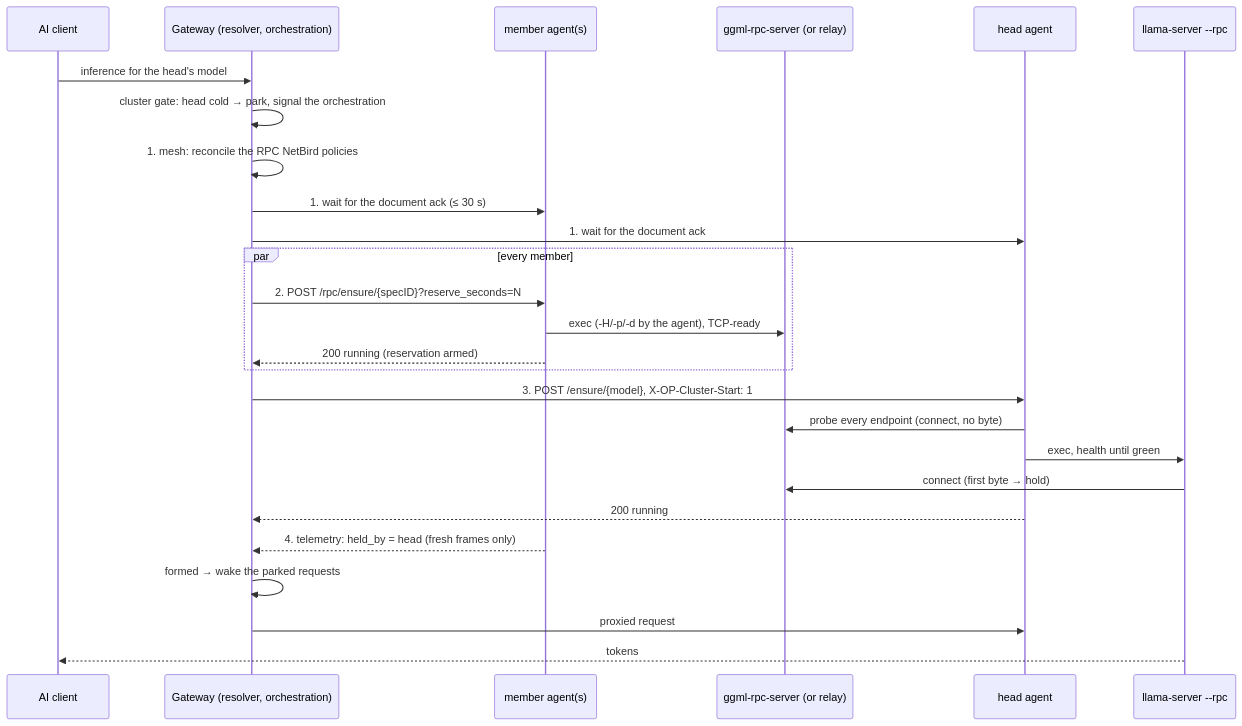
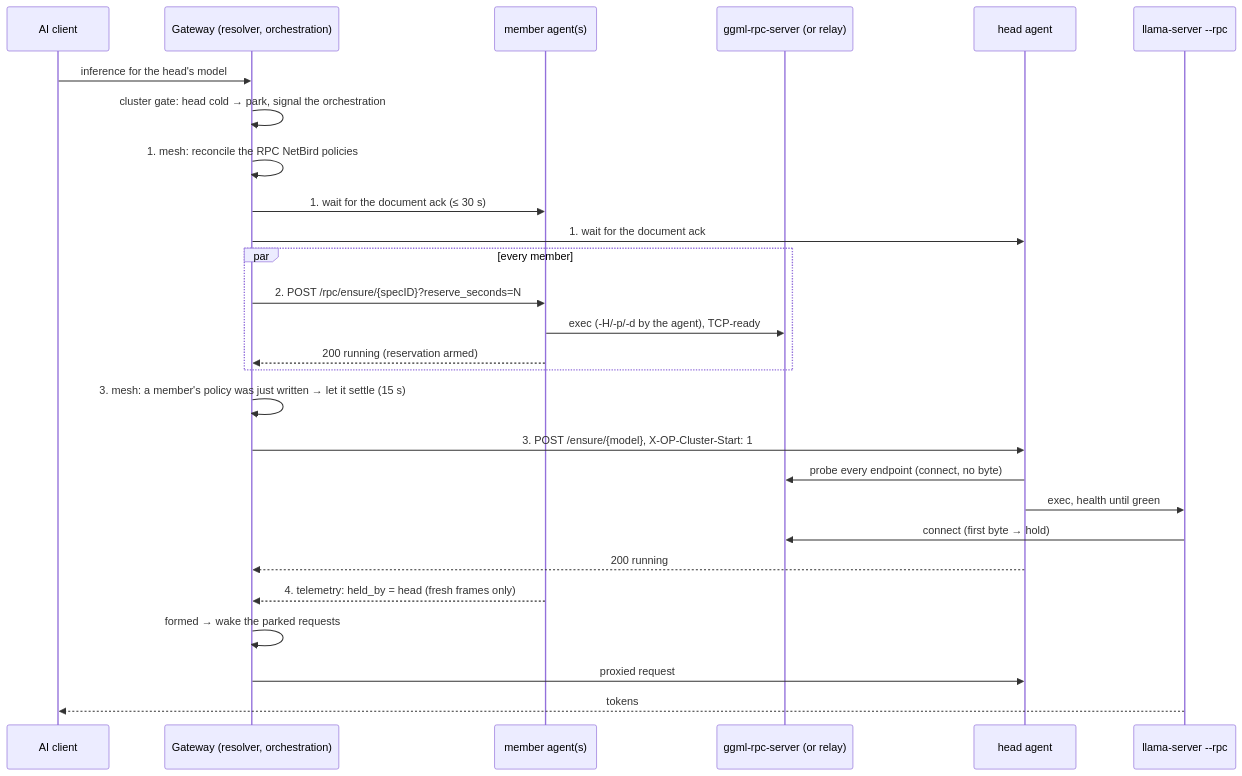
One commit to JLor08/op-ai-gateway changed diagram 15 of 15 in docs/architecture/06-runtime-view.md. Above: the diagram before and after it, drawn with Mermaid. The commit also changed other lines of this file and 11 other files, not shown here.

````diff
--- a/docs/architecture/06-runtime-view.md
+++ b/docs/architecture/06-runtime-view.md
@@ -917,29 +917,30 @@
 ```mermaid
 sequenceDiagram
     participant C as AI client
     participant GW as Gateway (resolver, orchestration)
     participant MA as member agent(s)
     participant M as ggml-rpc-server (or relay)
     participant HA as head agent
     participant H as llama-server --rpc
 
     C->>GW: inference for the head's model
     GW->>GW: cluster gate: head cold → park, signal the orchestration
     GW->>GW: 1. mesh: reconcile the RPC NetBird policies
     GW->>MA: 1. wait for the document ack (≤ 30 s)
     GW->>HA: 1. wait for the document ack
     par every member
         GW->>MA: 2. POST /rpc/ensure/{specID}?reserve_seconds=N
         MA->>M: exec (-H/-p/-d by the agent), TCP-ready
         MA-->>GW: 200 running (reservation armed)
     end
+    GW->>GW: 3. mesh: a member's policy was just written → let it settle (15 s)
     GW->>HA: 3. POST /ensure/{model}, X-OP-Cluster-Start: 1
     HA->>M: probe every endpoint (connect, no byte)
     HA->>H: exec, health until green
     H->>M: connect (first byte → hold)
     HA-->>GW: 200 running
     MA-->>GW: 4. telemetry: held_by = head (fresh frames only)
     GW->>GW: formed → wake the parked requests
     GW->>HA: proxied request
     H-->>C: tokens
 ```
````
